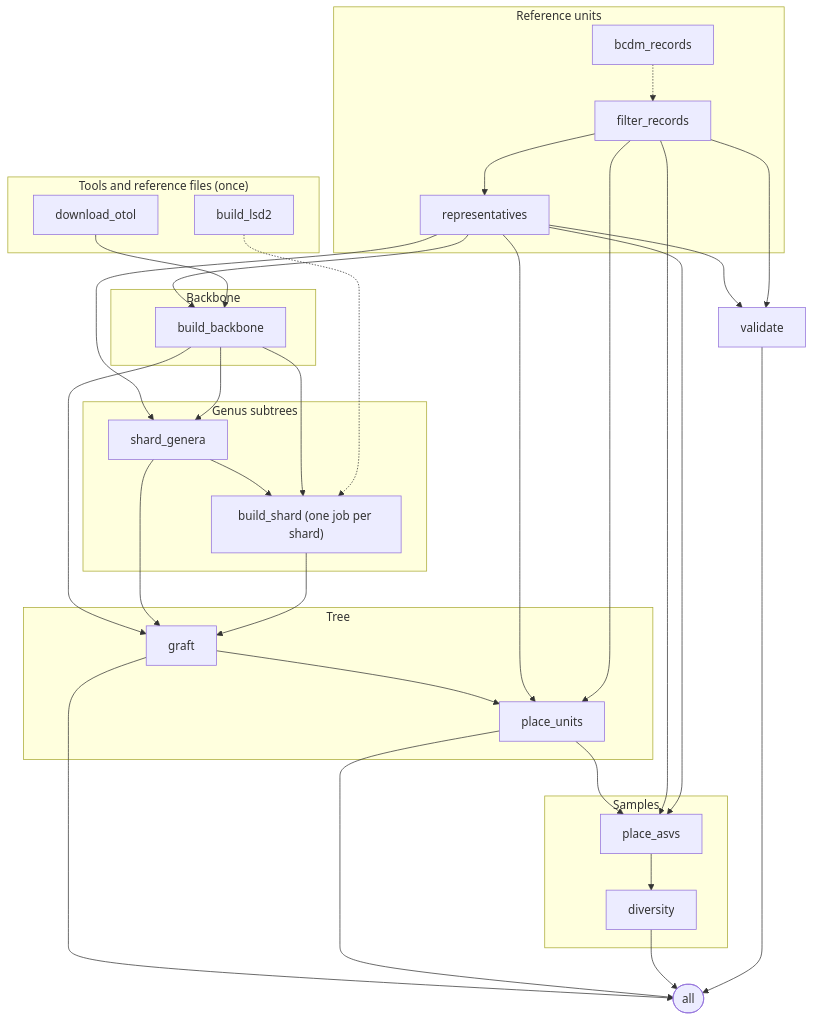
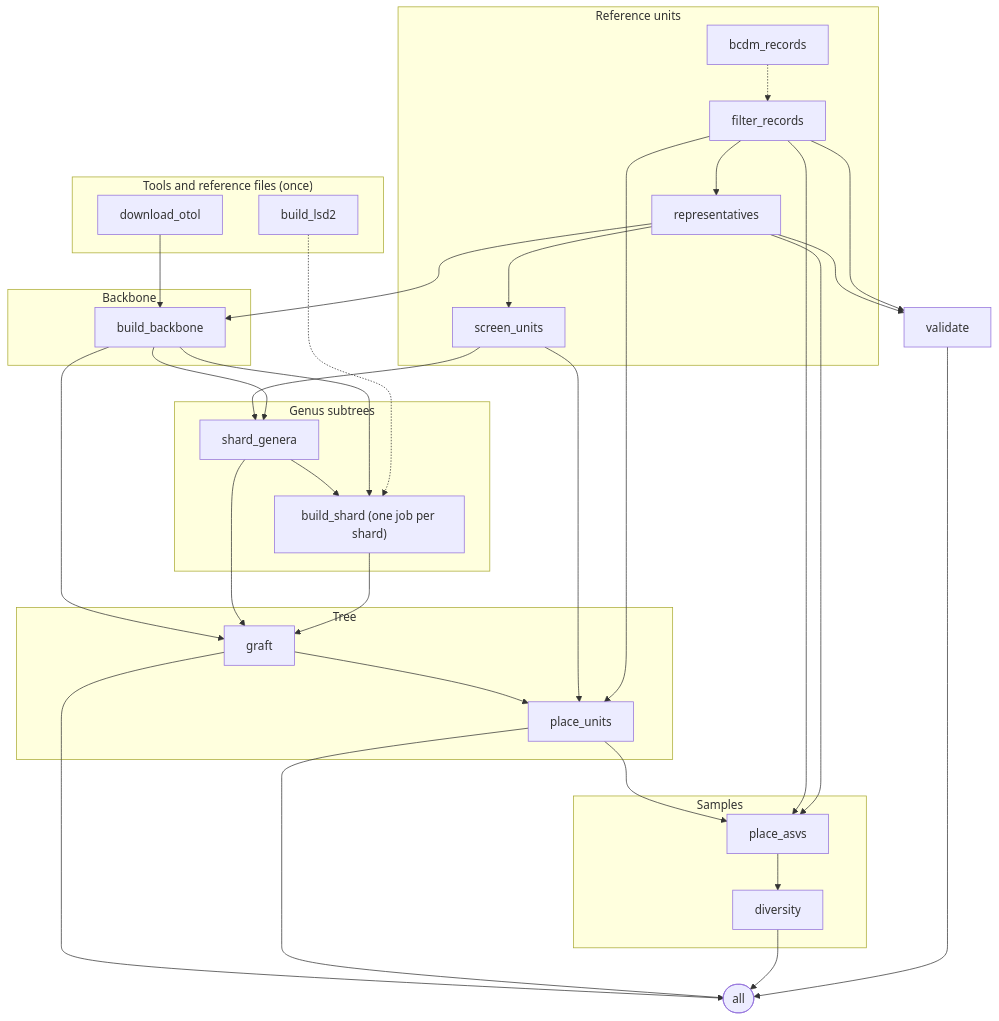
The diagram in docs/technical/running.md (naturalis/timegraft), drawn with Mermaid before and after one commit. The commit also changed other lines of this file and 33 other files, not shown here.

First line of the commit message:
Screen reference units that do not fit their genus (#38)

````diff
--- a/docs/technical/running.md
+++ b/docs/technical/running.md
@@ -49,55 +49,57 @@
 ```mermaid
 flowchart TB
     subgraph setup["Tools and reference files (once)"]
         download_otol["download_otol"]
         build_lsd2["build_lsd2"]
     end
     subgraph units["Reference units"]
         bcdm_records["bcdm_records"]
         filter_records["filter_records"]
         representatives["representatives"]
+        screen_units["screen_units"]
     end
     subgraph backbone["Backbone"]
         build_backbone["build_backbone"]
     end
     subgraph genus["Genus subtrees"]
         shard_genera["shard_genera"]
         build_shard["build_shard (one job per shard)"]
     end
     subgraph tree["Tree"]
         graft["graft"]
         place_units["place_units"]
     end
     subgraph samples["Samples"]
         place_asvs["place_asvs"]
         diversity["diversity"]
     end
     validate["validate"]
     all(["all"])
 
     bcdm_records -.-> filter_records
     filter_records --> representatives
     representatives --> build_backbone
     download_otol --> build_backbone
-    representatives --> shard_genera
+    representatives --> screen_units
+    screen_units --> shard_genera
     build_backbone --> shard_genera
     shard_genera --> build_shard
     build_backbone --> build_shard
     build_lsd2 -.-> build_shard
     build_backbone --> graft
     shard_genera --> graft
     build_shard --> graft
     graft --> place_units
-    representatives --> place_units
+    screen_units --> place_units
     filter_records --> place_units
     place_units --> place_asvs
     filter_records --> place_asvs
     representatives --> place_asvs
     place_asvs --> diversity
     representatives --> validate
     filter_records --> validate
     graft --> all
     place_units --> all
     diversity --> all
     validate --> all
 ```
````
